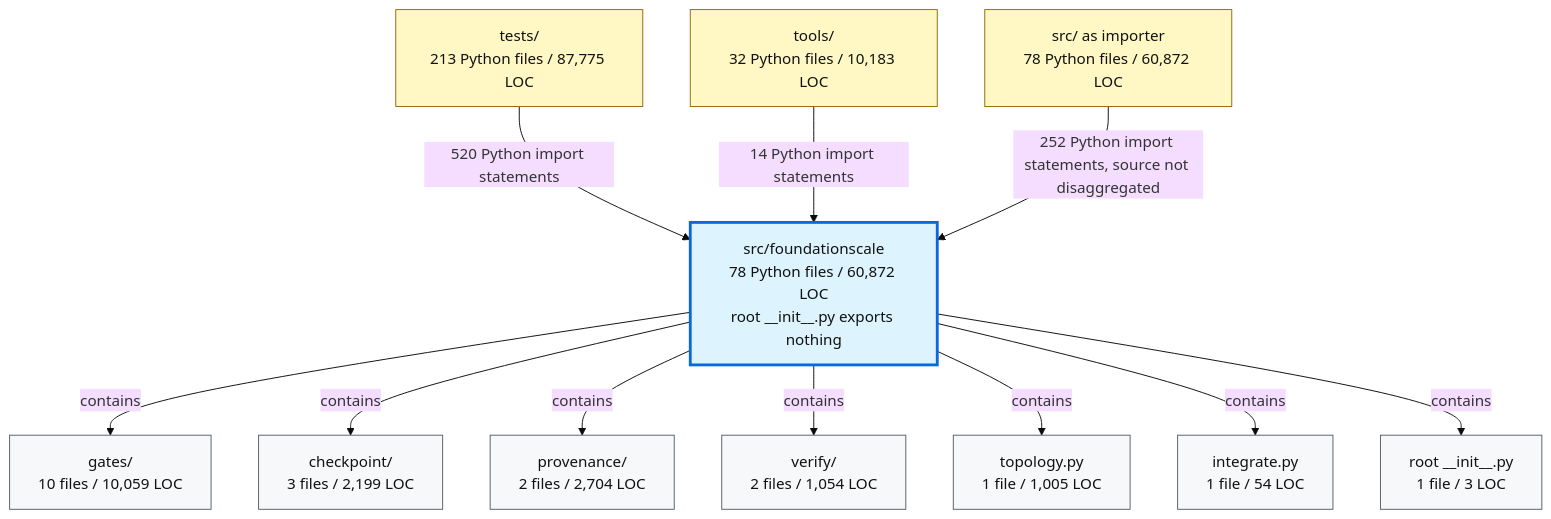
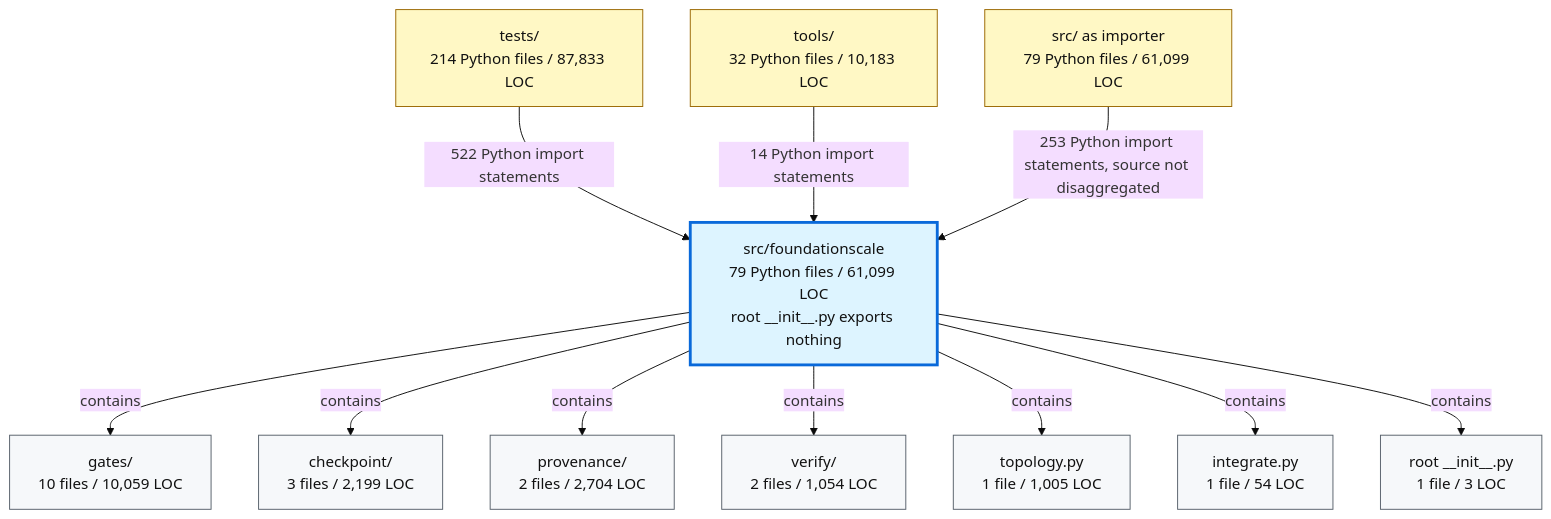
The second of 2 diagrams in docs/review/D2_current_architecture.md (TranNhiem/FoundationScale), drawn with Mermaid (base theme) before and after one commit. The commit also changed other lines of this file and 4 other files, not shown here.

````diff
--- a/docs/review/D2_current_architecture.md
+++ b/docs/review/D2_current_architecture.md
@@ -97,36 +97,36 @@
 ```mermaid
 flowchart TB
-  TESTS["tests/<br/>213 Python files / 87,775 LOC"]
+  TESTS["tests/<br/>214 Python files / 87,833 LOC"]
   TOOLS["tools/<br/>32 Python files / 10,183 LOC"]
-  SRC["src/ as importer<br/>78 Python files / 60,872 LOC"]
+  SRC["src/ as importer<br/>79 Python files / 61,099 LOC"]
 
-  FS["src/foundationscale<br/>78 Python files / 60,872 LOC<br/>root __init__.py exports nothing"]
+  FS["src/foundationscale<br/>79 Python files / 61,099 LOC<br/>root __init__.py exports nothing"]
 
   GATES["gates/<br/>10 files / 10,059 LOC"]
   CKPT["checkpoint/<br/>3 files / 2,199 LOC"]
   PROV["provenance/<br/>2 files / 2,704 LOC"]
   VERIFY["verify/<br/>2 files / 1,054 LOC"]
   TOPO["topology.py<br/>1 file / 1,005 LOC"]
   INTEG["integrate.py<br/>1 file / 54 LOC"]
   ROOT["root __init__.py<br/>1 file / 3 LOC"]
 
-  TESTS -->|"520 Python import statements"| FS
+  TESTS -->|"522 Python import statements"| FS
   TOOLS -->|"14 Python import statements"| FS
-  SRC -->|"252 Python import statements, source not disaggregated"| FS
+  SRC -->|"253 Python import statements, source not disaggregated"| FS
 
   FS -->|"contains"| GATES
   FS -->|"contains"| CKPT
   FS -->|"contains"| PROV
   FS -->|"contains"| VERIFY
   FS -->|"contains"| TOPO
   FS -->|"contains"| INTEG
   FS -->|"contains"| ROOT
 
   classDef consumer fill:#fff8c5,stroke:#9a6700,color:#111;
   classDef package fill:#ddf4ff,stroke:#0969da,stroke-width:3px,color:#111;
   classDef module fill:#f6f8fa,stroke:#57606a,color:#111;
 
   class TESTS,TOOLS,SRC consumer;
   class FS package;
   class GATES,CKPT,PROV,VERIFY,TOPO,INTEG,ROOT module;
 ```
````
